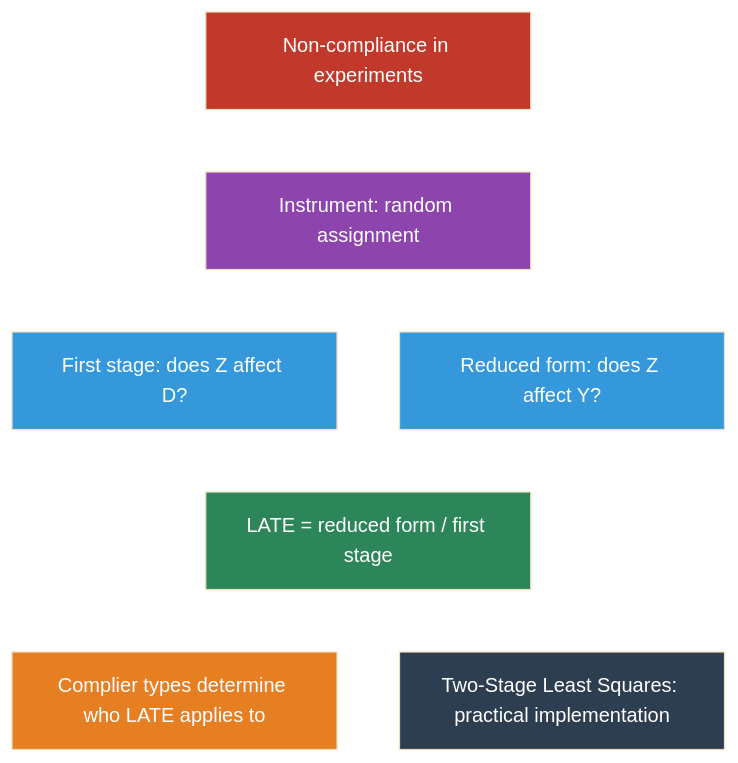
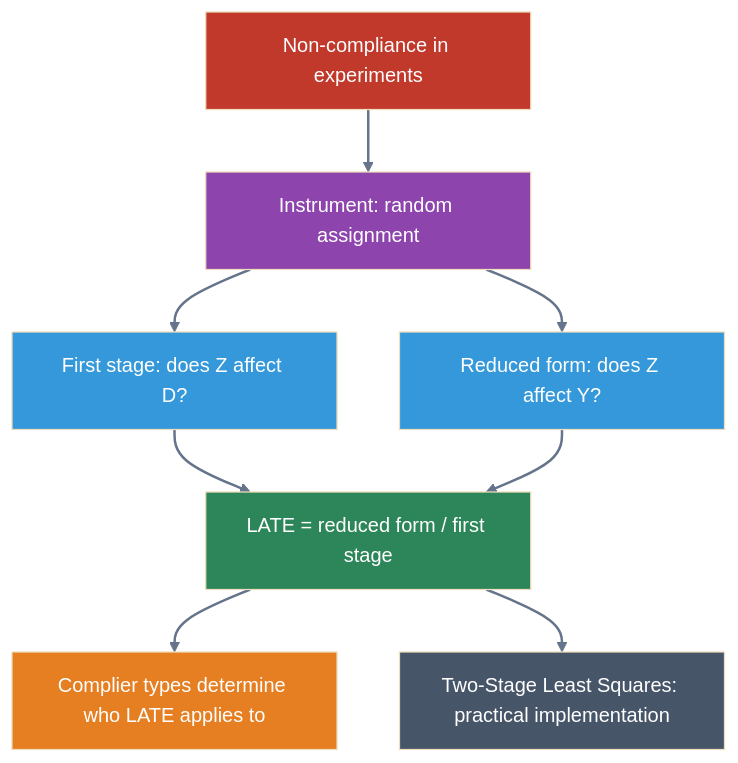
One commit to cmg777/intro2causal changed the third of 3 diagrams in book/notebooks_quarto/03-instrumental-variables.qmd. Above: the diagram before and after it, drawn with Mermaid (base theme). The commit also changed other lines of this file and 5 other files, not shown here.

First line of the commit message:
Fix mermaid diagram colors for dark/light theme visibility

````diff
--- a/book/notebooks_quarto/03-instrumental-variables.qmd
+++ b/book/notebooks_quarto/03-instrumental-variables.qmd
@@ -401,29 +401,29 @@
 ```{mermaid}
 %%| label: fig-concept-map
 %%| fig-cap: "How the key concepts of Chapter 3 connect"
 
 graph TD
     Q["Non-compliance in experiments"]
     Z["Instrument: random assignment"]
     FS["First stage: does Z affect D?"]
     RF["Reduced form: does Z affect Y?"]
     LATE["LATE = reduced form / first stage"]
     CT["Complier types determine who LATE applies to"]
     TSLS["Two-Stage Least Squares: practical implementation"]
 
     Q --> Z --> FS
     Z --> RF
     FS --> LATE
     RF --> LATE
     LATE --> CT
     LATE --> TSLS
 
     style Q fill:#c0392b,color:#fff
     style Z fill:#8e44ad,color:#fff
     style FS fill:#3498db,color:#fff
     style RF fill:#3498db,color:#fff
     style LATE fill:#2d8659,color:#fff
     style CT fill:#e67e22,color:#fff
-    style TSLS fill:#2c3e50,color:#fff
-    linkStyle default stroke:#fff,stroke-width:2px
+    style TSLS fill:#475569,color:#fff
+    linkStyle default stroke:#64748b,stroke-width:2px
 ```
````
